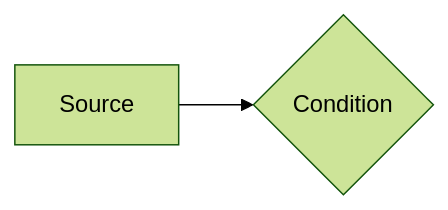
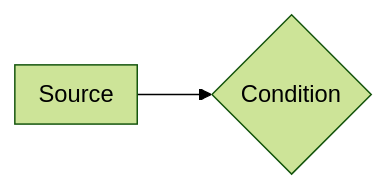
Before and after one commit to AClon314/md2doc: the second of 4 diagrams in README.md, drawn with Mermaid (forest theme). The commit also changed other lines of this file and 5 other files, not shown here.

Commit message:
feat: 更新配置文件，添加 plot.yaml，优化图表生成设置 docx: Source Code 改为1倍行距

````diff
--- a/README.md
+++ b/README.md
@@ -206,5 +219,5 @@
-```{.mermaid format=svg}
-%%{init:{"flowchart":{"htmlLabels":false}}}%%
+```mermaid
+%%{init: {'flowchart': {'padding': 0, 'useMaxWidth': false, 'htmlLabels': false}} }%%
 flowchart LR
     A[Source] --> B{Condition}
 ```
````
